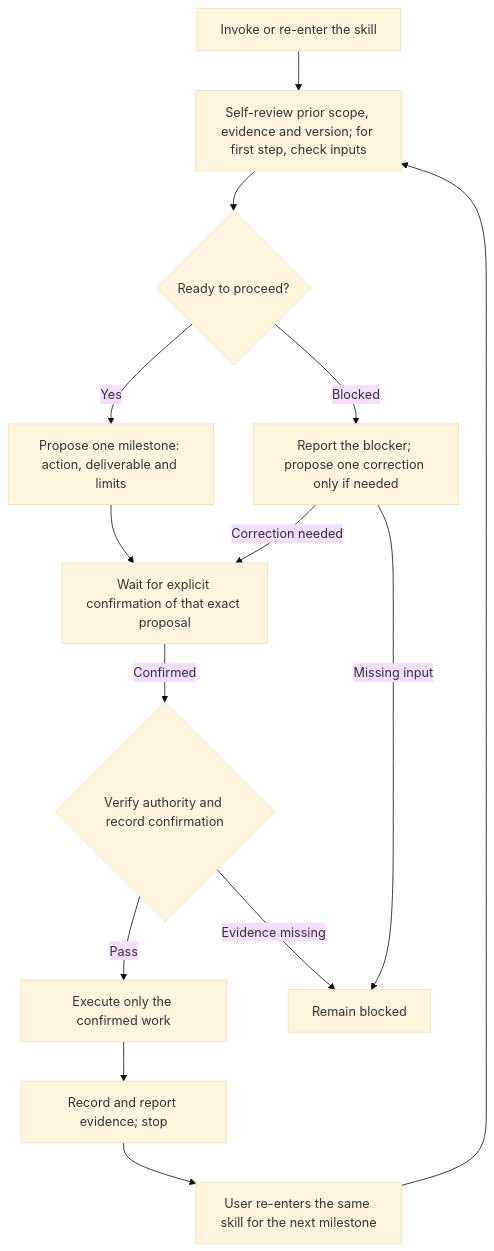
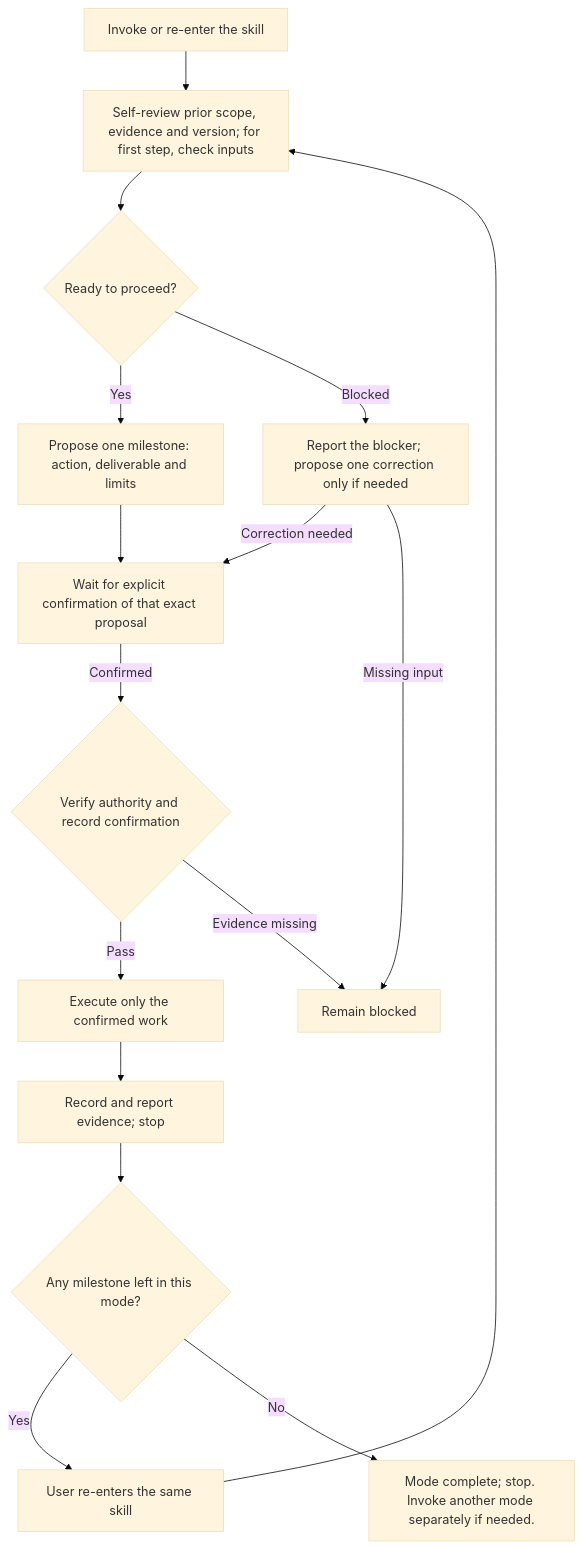
The diagram in README.md (cl920401/lets-grunt), drawn with Mermaid (base theme) before and after one commit. The commit also changed other lines of this file and 16 other files, not shown here.

````diff
--- a/README.md
+++ b/README.md
@@ -22,16 +22,18 @@
 ```mermaid
 flowchart TD
     A["Invoke or re-enter the skill"] --> B["Self-review prior scope, evidence and version; for first step, check inputs"]
     B --> C{"Ready to proceed?"}
     C -->|"Yes"| D["Propose one milestone: action, deliverable and limits"]
     C -->|"Blocked"| E["Report the blocker; propose one correction only if needed"]
     D --> F["Wait for explicit confirmation of that exact proposal"]
     E -->|"Correction needed"| F
     E -->|"Missing input"| G["Remain blocked"]
     F -->|"Confirmed"| K{"Verify authority and record confirmation"}
     K -->|"Pass"| H["Execute only the confirmed work"]
     K -->|"Evidence missing"| G
     H --> I["Record and report evidence; stop"]
-    I --> J["User re-enters the same skill for the next milestone"]
+    I --> L{"Any milestone left in this mode?"}
+    L -->|"Yes"| J["User re-enters the same skill"]
     J --> B
+    L -->|"No"| M["Mode complete; stop. Invoke another mode separately if needed."]
 ```
````
